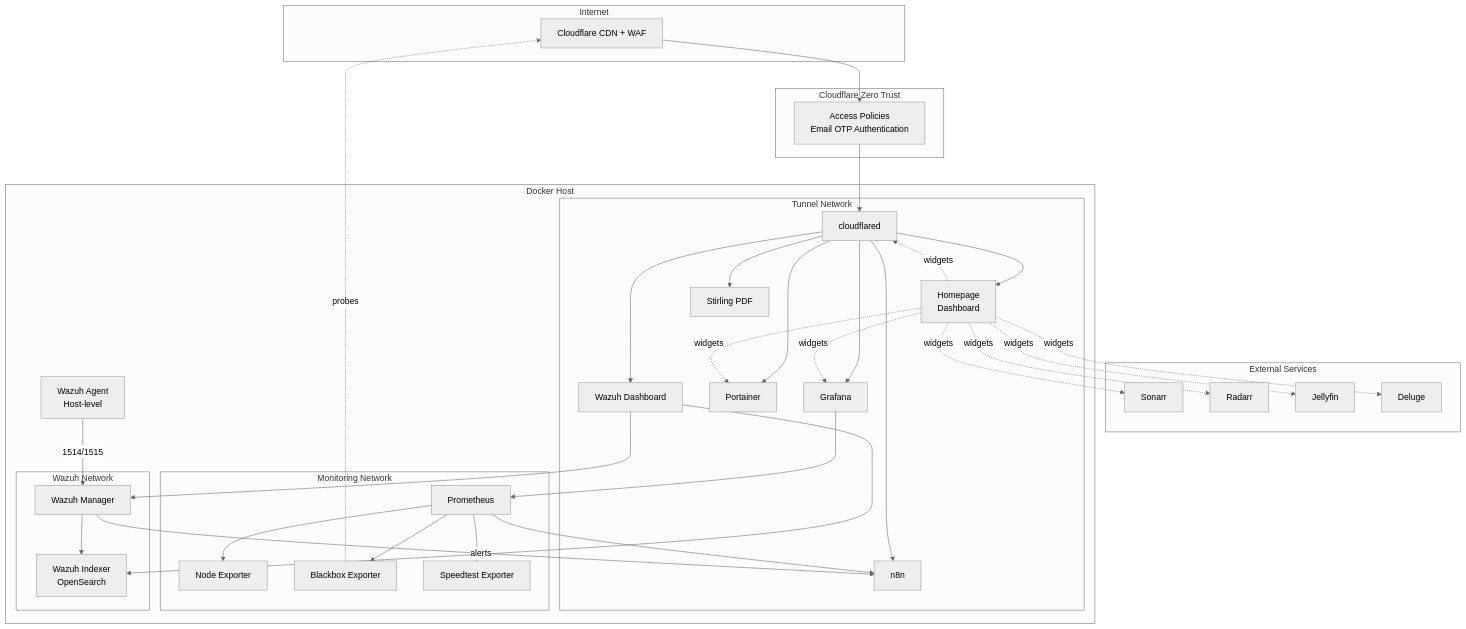
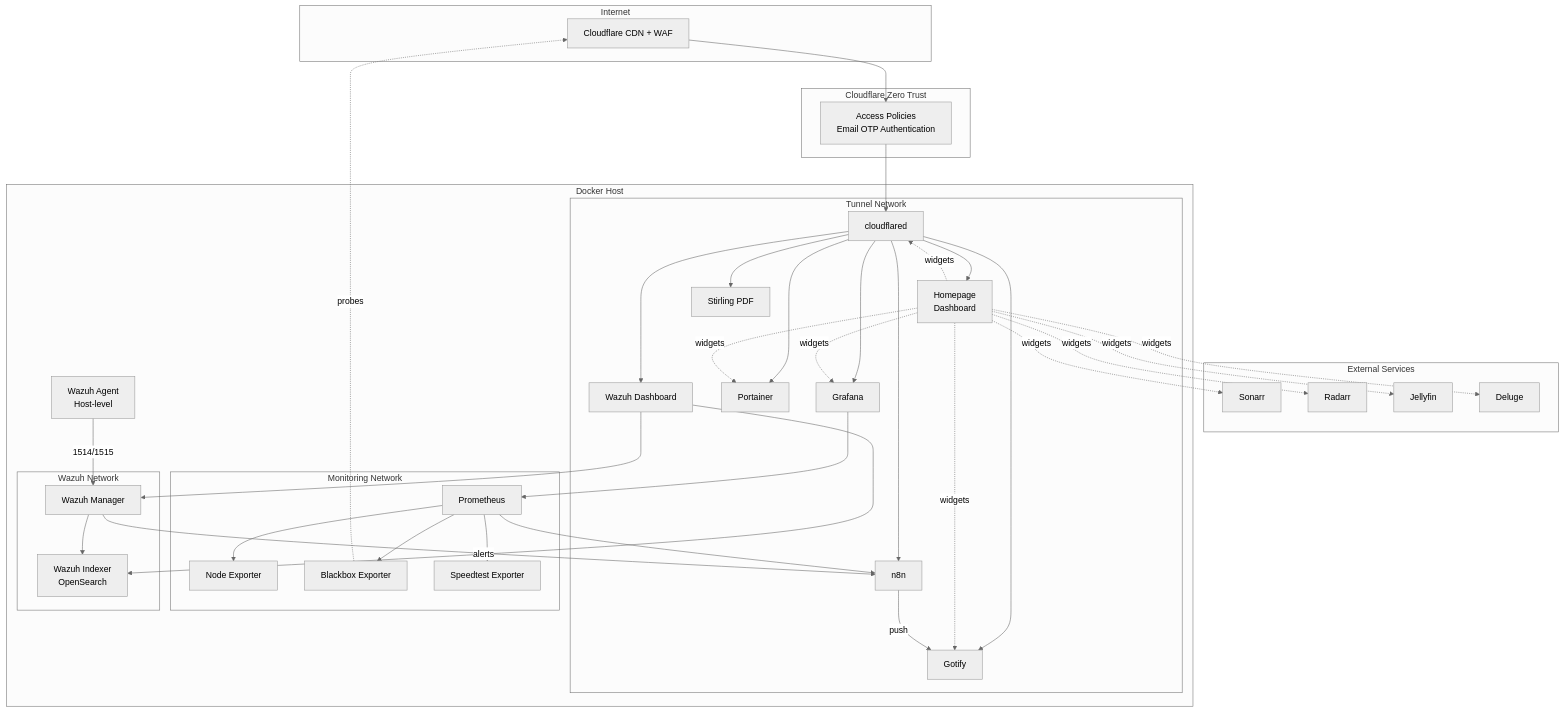
The first of 4 diagrams in README.md (danielpsf/homelab), drawn with Mermaid (neutral theme) before and after one commit. The commit also changed other lines of this file, not shown here.

First line of the commit message:
docs: update README with Gotify, batch alert pipeline, and project changes

````diff
--- a/README.md
+++ b/README.md
@@ -7,54 +7,56 @@
 ```mermaid
 graph TB
     subgraph Internet
         CF[Cloudflare CDN + WAF]
     end
 
     subgraph Cloudflare Zero Trust
         ZT[Access Policies<br/>Email OTP Authentication]
     end
 
     subgraph External Services
         Sonarr[Sonarr]
         Radarr[Radarr]
         Jellyfin[Jellyfin]
         Deluge[Deluge]
     end
 
     subgraph Docker Host
         subgraph tunnel[Tunnel Network]
             CFD[cloudflared]
             HP[Homepage<br/>Dashboard]
             GF[Grafana]
             N8N[n8n]
             PORT[Portainer]
             SPDF[Stirling PDF]
             WD[Wazuh Dashboard]
+            GOT[Gotify]
         end
 
         subgraph monitoring[Monitoring Network]
             PROM[Prometheus]
             NE[Node Exporter]
             BE[Blackbox Exporter]
             SE[Speedtest Exporter]
         end
 
         subgraph wazuh[Wazuh Network]
             WI[Wazuh Indexer<br/>OpenSearch]
             WM[Wazuh Manager]
         end
 
         AGENT[Wazuh Agent<br/>Host-level]
     end
 
     CF --> ZT --> CFD
-    CFD --> HP & GF & N8N & PORT & SPDF & WD
-    HP -.->|widgets| GF & PORT & Sonarr & Radarr & Jellyfin & Deluge & CFD
+    CFD --> HP & GF & N8N & PORT & SPDF & WD & GOT
+    HP -.->|widgets| GF & PORT & GOT & Sonarr & Radarr & Jellyfin & Deluge & CFD
     GF --> PROM
     PROM --> NE & BE & SE & N8N
     WM --> WI
     WD --> WI & WM
     WM -->|alerts| N8N
+    N8N -->|push| GOT
     AGENT -->|1514/1515| WM
     BE -.->|probes| CF
 ```
````
